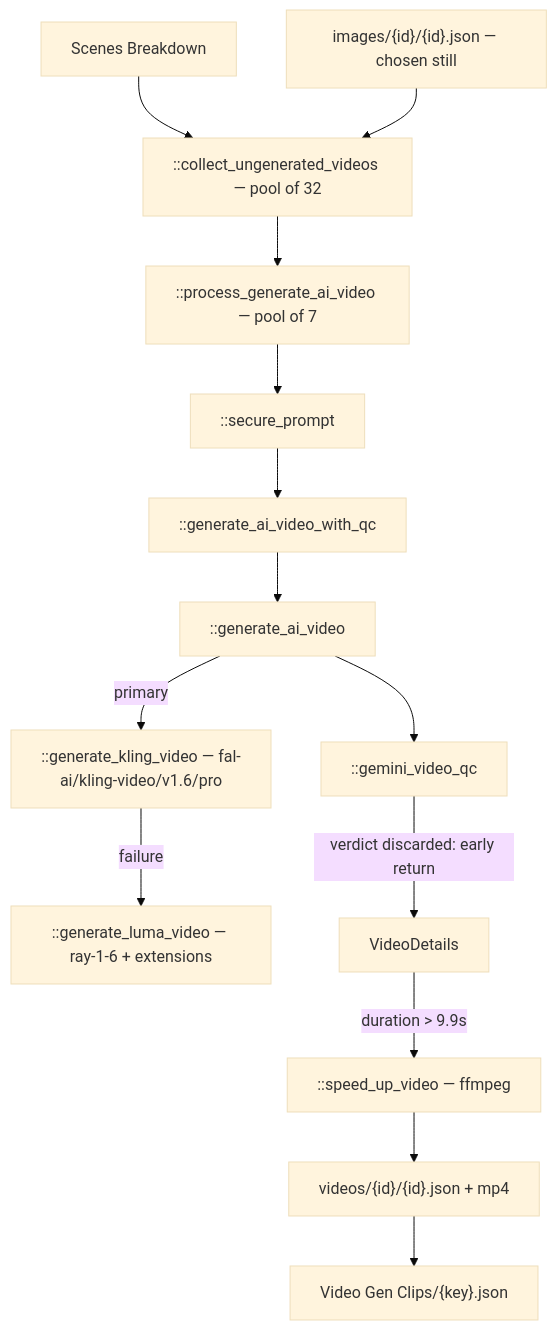
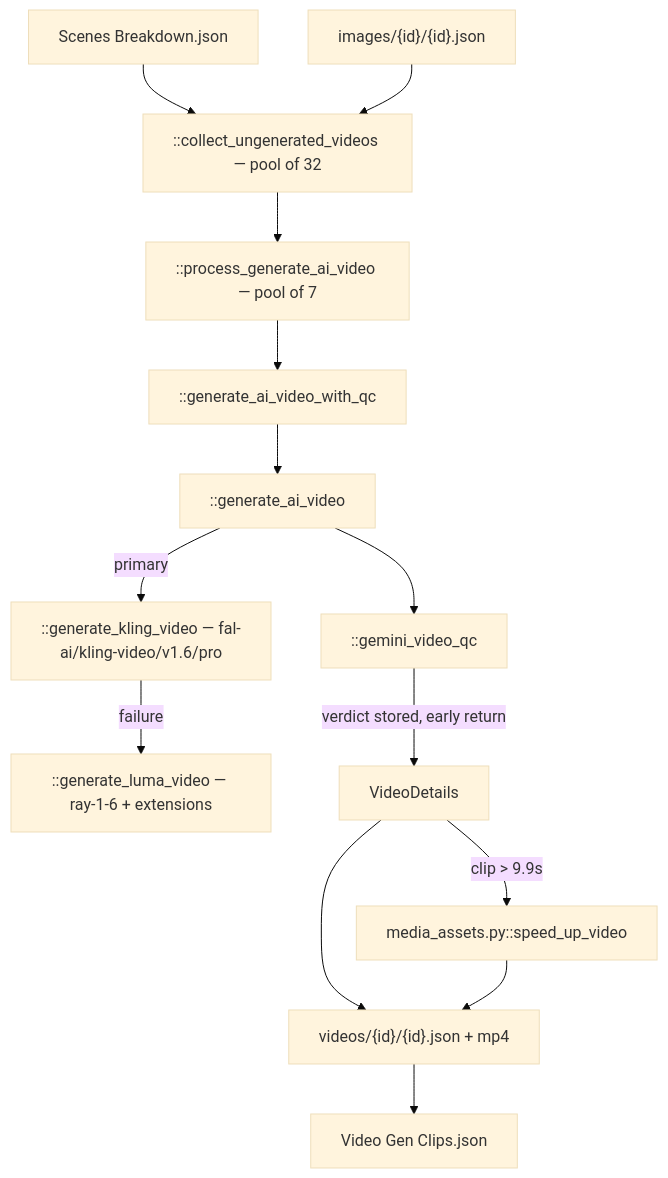
One commit to BekhruzT/Stele changed the diagram in generation/docs/architecture/09-videos.md. Above: the diagram before and after it, drawn with Mermaid (base theme). The commit also changed other lines of this file and 18 other files, not shown here.

````diff
--- a/generation/docs/architecture/09-videos.md
+++ b/generation/docs/architecture/09-videos.md
@@ -47,16 +47,16 @@
 ```mermaid
 flowchart TD
-  Clips["Scenes Breakdown"] --> Collect["::collect_ungenerated_videos — pool of 32"]
-  Img["images/{id}/{id}.json — chosen still"] --> Collect
+  Clips["Scenes Breakdown.json"] --> Collect["::collect_ungenerated_videos — pool of 32"]
+  Img["images/{id}/{id}.json"] --> Collect
   Collect --> Proc["::process_generate_ai_video — pool of 7"]
-  Proc --> Sec["::secure_prompt"]
-  Sec --> QCWrap["::generate_ai_video_with_qc"]
+  Proc --> QCWrap["::generate_ai_video_with_qc"]
   QCWrap --> Gen["::generate_ai_video"]
   Gen -->|"primary"| Kling["::generate_kling_video — fal-ai/kling-video/v1.6/pro"]
   Kling -->|"failure"| Luma["::generate_luma_video — ray-1-6 + extensions"]
   Gen --> Gem["::gemini_video_qc"]
-  Gem -->|"verdict discarded: early return"| Done["VideoDetails"]
-  Done -->|"duration > 9.9s"| Speed["::speed_up_video — ffmpeg"]
-  Speed --> PerClip["videos/{id}/{id}.json + mp4"]
-  PerClip --> Agg["Video Gen Clips/{key}.json"]
+  Gem -->|"verdict stored, early return"| Done["VideoDetails"]
+  Done -->|"clip > 9.9s"| Speed["media_assets.py::speed_up_video"]
+  Done --> PerClip["videos/{id}/{id}.json + mp4"]
+  Speed --> PerClip
+  PerClip --> Agg["Video Gen Clips.json"]
 ```
````
